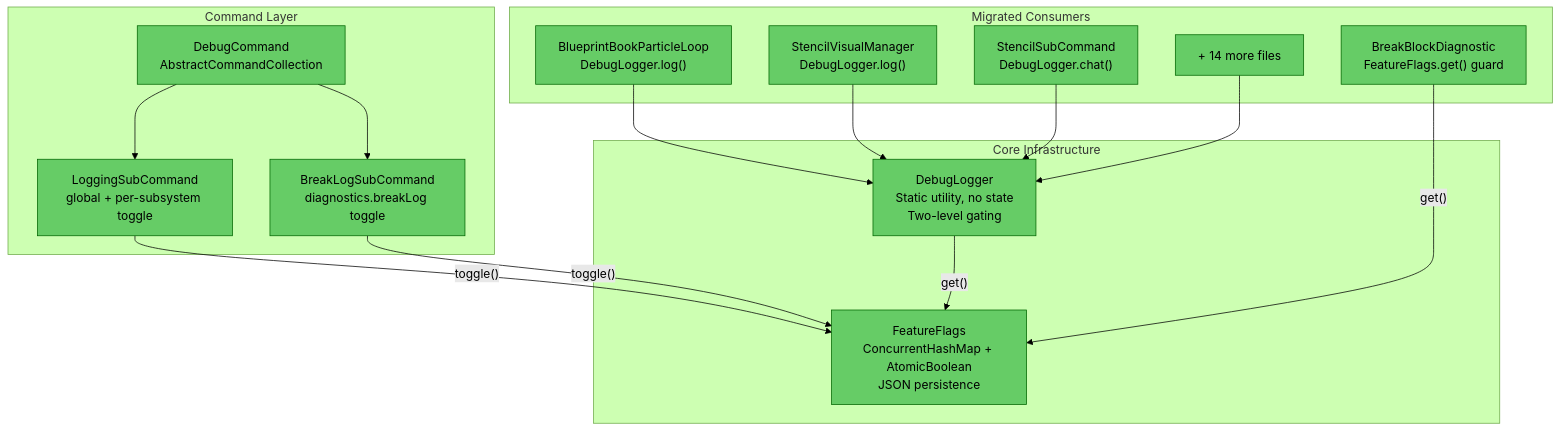
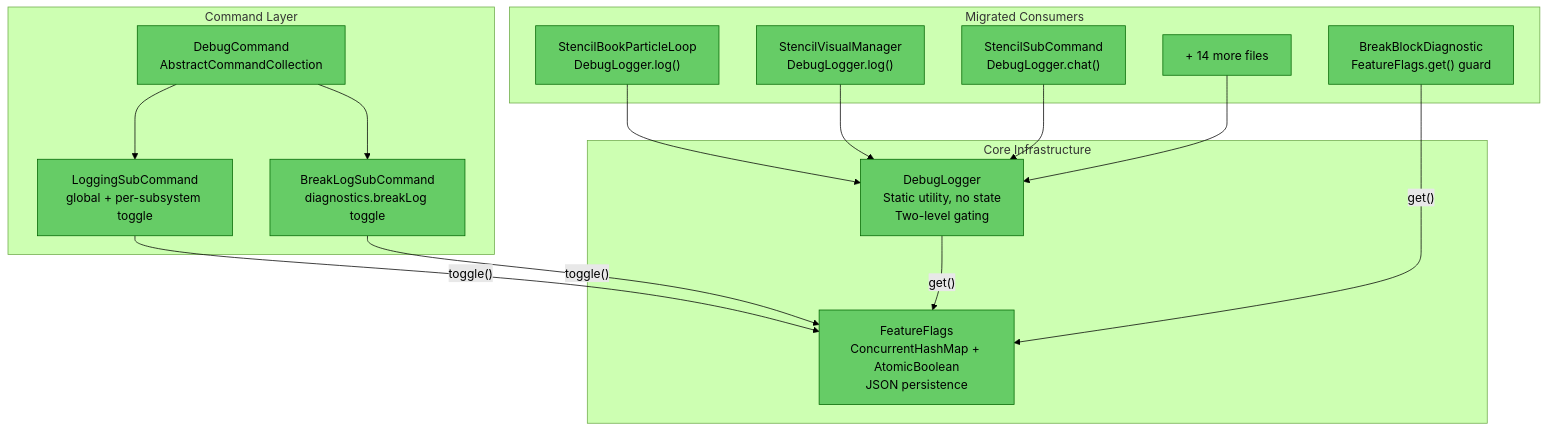
One commit to TheCodeCreature/Hytale-Example-Plugin changed the first of 2 diagrams in docs/review-feature-flags-debug-logger.md. Above: the diagram before and after it, drawn with Mermaid (forest theme). The commit also changed other lines of this file and 289 other files, not shown here.

````diff
--- a/docs/review-feature-flags-debug-logger.md
+++ b/docs/review-feature-flags-debug-logger.md
@@ -19,43 +19,43 @@
 ```mermaid
 graph TB
     subgraph "Core Infrastructure"
         FF["FeatureFlags<br/>ConcurrentHashMap + AtomicBoolean<br/>JSON persistence"]
         DL["DebugLogger<br/>Static utility, no state<br/>Two-level gating"]
     end
 
     subgraph "Command Layer"
         DC["DebugCommand<br/>AbstractCommandCollection"]
         LS["LoggingSubCommand<br/>global + per-subsystem toggle"]
         BLS["BreakLogSubCommand<br/>diagnostics.breakLog toggle"]
     end
 
     subgraph "Migrated Consumers"
         BBD["BreakBlockDiagnostic<br/>FeatureFlags.get() guard"]
-        BBPL["BlueprintBookParticleLoop<br/>DebugLogger.log()"]
+        BBPL["StencilBookParticleLoop<br/>DebugLogger.log()"]
         SVM["StencilVisualManager<br/>DebugLogger.log()"]
         SSC["StencilSubCommand<br/>DebugLogger.chat()"]
         PLUS["+ 14 more files"]
     end
 
     DC --> LS
     DC --> BLS
     LS -->|"toggle()"| FF
     BLS -->|"toggle()"| FF
     DL -->|"get()"| FF
     BBD -->|"get()"| FF
     BBPL --> DL
     SVM --> DL
     SSC --> DL
     PLUS --> DL
 
     style FF fill:#6c6,stroke:#060
     style DL fill:#6c6,stroke:#060
     style DC fill:#6c6,stroke:#060
     style LS fill:#6c6,stroke:#060
     style BLS fill:#6c6,stroke:#060
     style BBD fill:#6c6,stroke:#060
     style BBPL fill:#6c6,stroke:#060
     style SVM fill:#6c6,stroke:#060
     style SSC fill:#6c6,stroke:#060
     style PLUS fill:#6c6,stroke:#060
 ```
````
